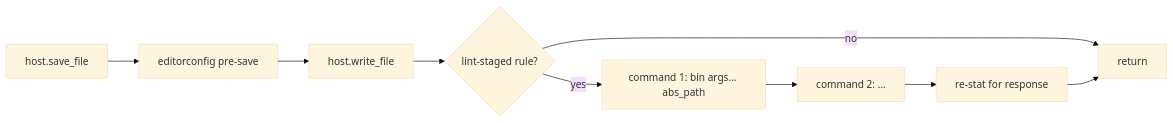
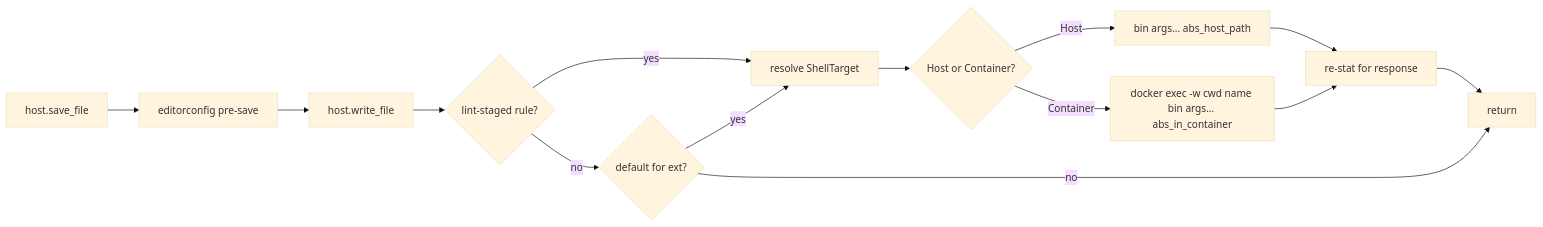
The diagram in specs/decisions/0013-format-on-save-file-based.md (huggingface/moon-ide), drawn with Mermaid (base theme) before and after one commit. The commit also changed other lines of this file and 8 other files, not shown here.

````diff
--- a/specs/decisions/0013-format-on-save-file-based.md
+++ b/specs/decisions/0013-format-on-save-file-based.md
@@ -95,11 +229,16 @@
 ```mermaid
 flowchart LR
     save_file[host.save_file] --> editorconfig[editorconfig pre-save]
     editorconfig --> write[host.write_file]
     write --> chain{lint-staged rule?}
-    chain -- yes --> cmd1[command 1: bin args... abs_path]
-    cmd1 --> cmd2[command 2: ...]
-    cmd2 --> stat[re-stat for response]
-    chain -- no --> done[return]
+    chain -- yes --> resolve[resolve ShellTarget]
+    chain -- no --> default{default for ext?}
+    default -- yes --> resolve
+    default -- no --> done[return]
+    resolve --> spawn{Host or Container?}
+    spawn -- Host --> hostcmd[bin args... abs_host_path]
+    spawn -- Container --> dockercmd[docker exec -w cwd name bin args... abs_in_container]
+    hostcmd --> stat[re-stat for response]
+    dockercmd --> stat
     stat --> done
 ```
````
